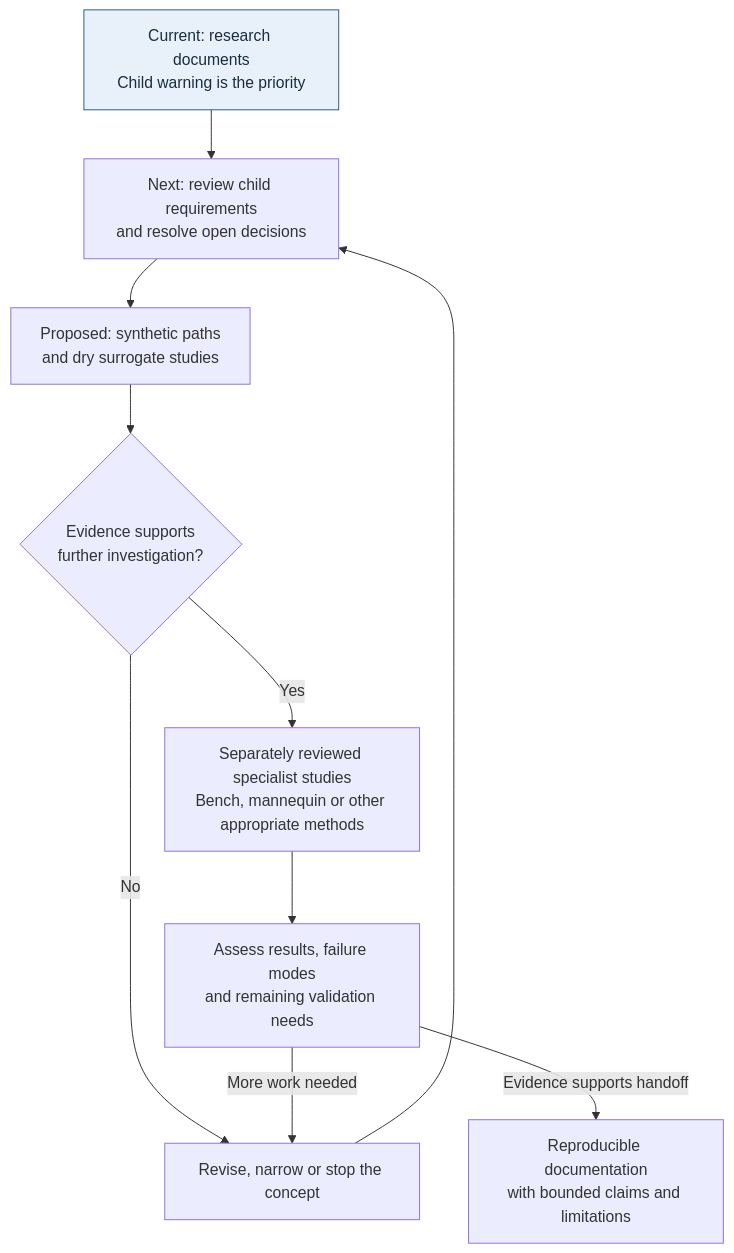
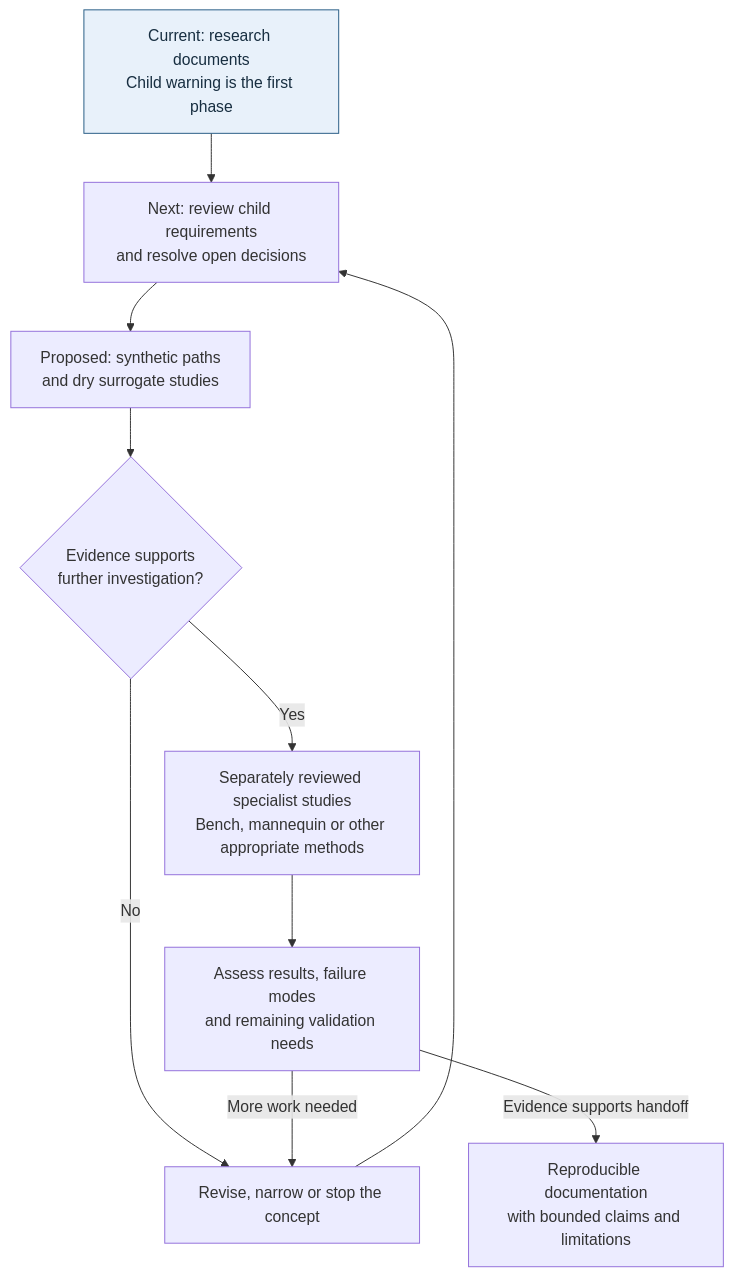
One commit to eamusai/vest changed the second of 2 diagrams in docs/overview.md. Above: the diagram before and after it, drawn with Mermaid. The commit also changed other lines of this file and 7 other files, not shown here.

````diff
--- a/docs/overview.md
+++ b/docs/overview.md
@@ -43,15 +45,15 @@
 ```mermaid
 flowchart TD
-    C["Current: research documents<br/>Child warning is the priority"]
+    C["Current: research documents<br/>Child warning is the first phase"]
     C --> Q["Next: review child requirements<br/>and resolve open decisions"]
     Q --> U["Proposed: synthetic paths<br/>and dry surrogate studies"]
     U --> G{"Evidence supports<br/>further investigation?"}
     G -->|No| R["Revise, narrow or stop the concept"]
     R --> Q
     G -->|Yes| B["Separately reviewed specialist studies<br/>Bench, mannequin or other appropriate methods"]
     B --> E["Assess results, failure modes<br/>and remaining validation needs"]
     E -->|More work needed| R
     E -->|Evidence supports handoff| P["Reproducible documentation<br/>with bounded claims and limitations"]
     classDef current fill:#e8f1fa,stroke:#285d85,color:#172e40;
     class C current;
 ```
````
